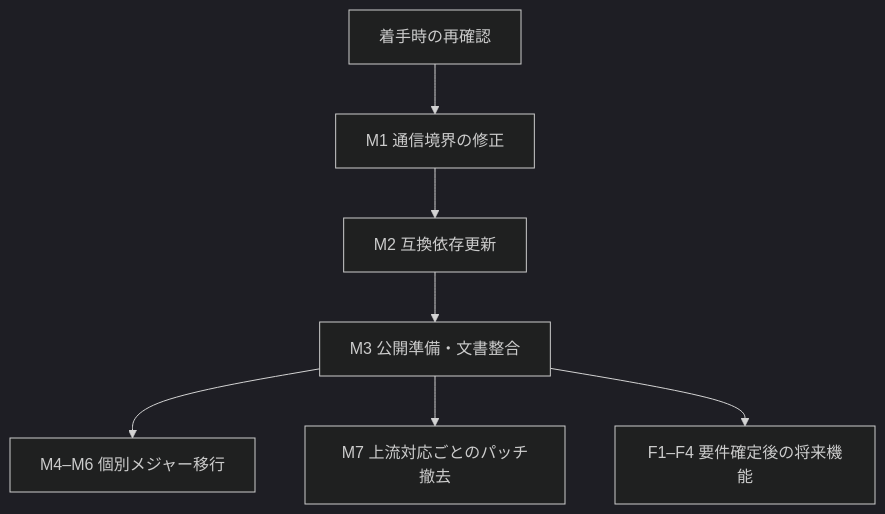
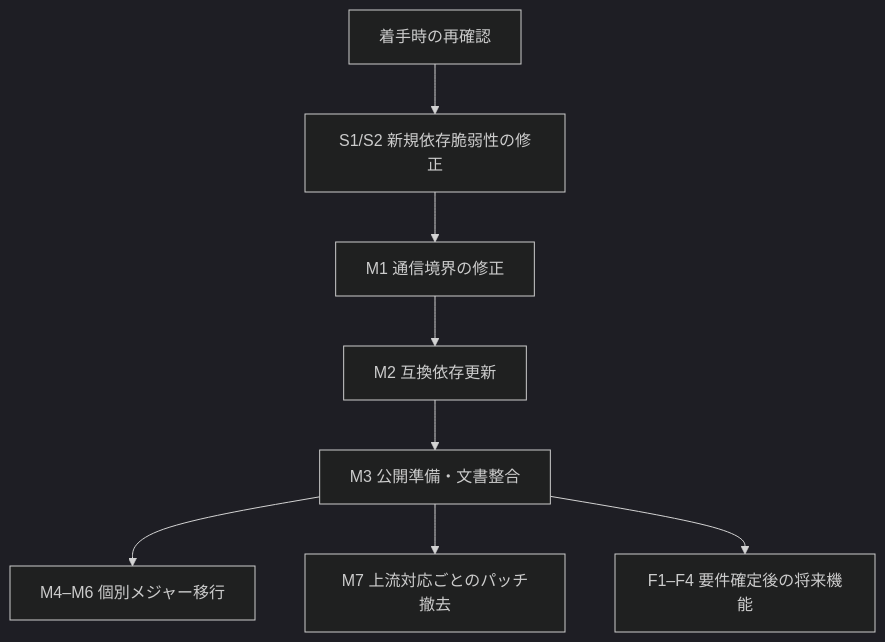
Before and after one commit to hdkz-dev/multi-game-engines: the diagram in docs/implementation_plans/20261006-maintenance-and-roadmap.md, drawn with Mermaid (dark theme). The commit also changed other lines of this file and 17 other files, not shown here.

````diff
--- a/docs/implementation_plans/20261006-maintenance-and-roadmap.md
+++ b/docs/implementation_plans/20261006-maintenance-and-roadmap.md
@@ -38,9 +42,10 @@
 ```mermaid
 flowchart TD
-    A[着手時の再確認] --> B[M1 通信境界の修正]
+    A[着手時の再確認] --> S[S1/S2 新規依存脆弱性の修正]
+    S --> B[M1 通信境界の修正]
     B --> C[M2 互換依存更新]
     C --> D[M3 公開準備・文書整合]
     D --> E[M4–M6 個別メジャー移行]
     D --> F[M7 上流対応ごとのパッチ撤去]
     D --> G[F1–F4 要件確定後の将来機能]
 ```
````
